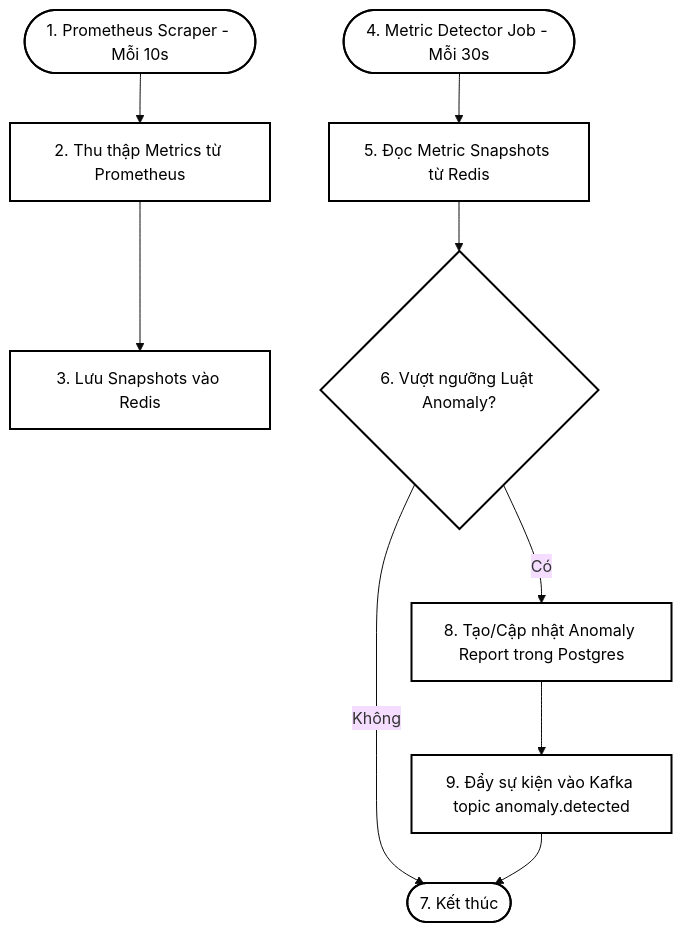
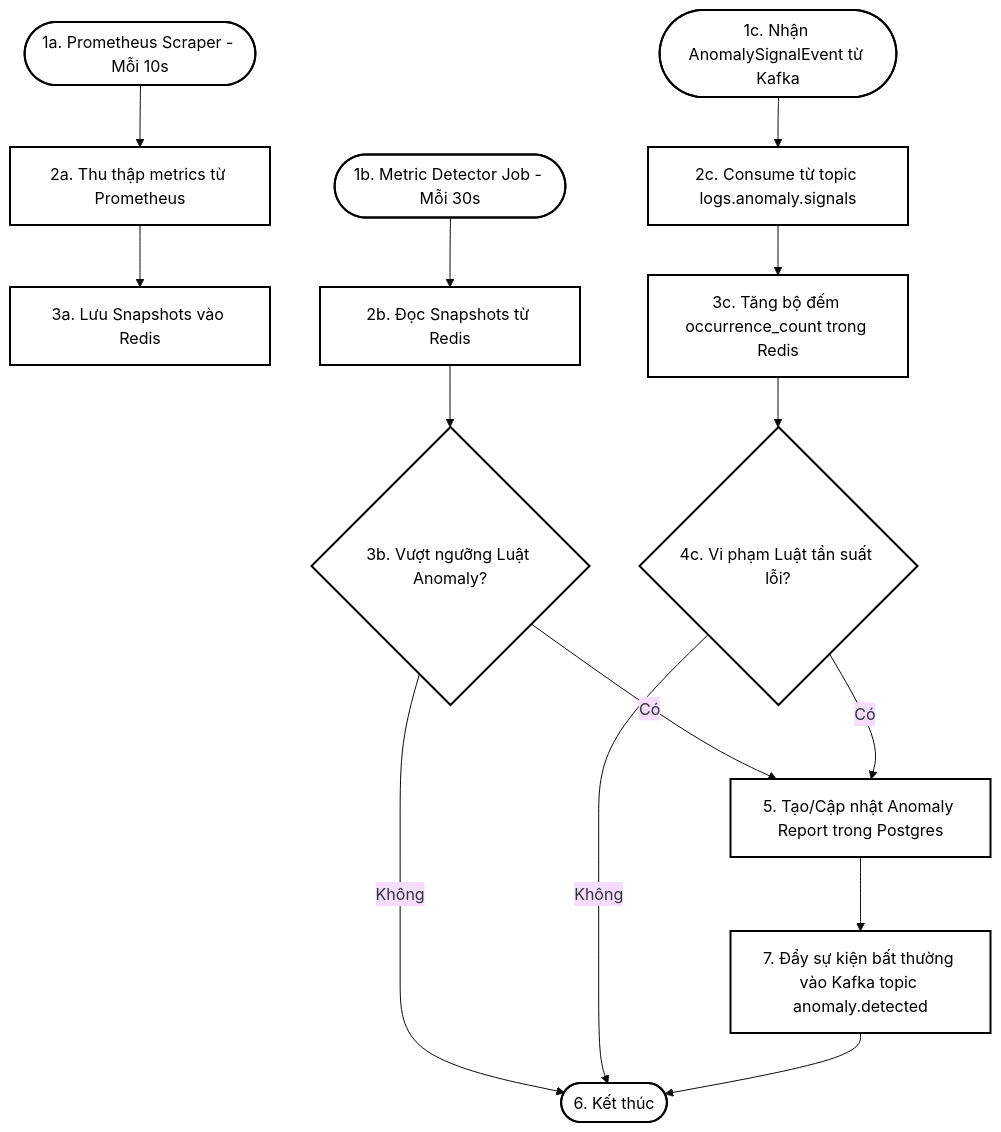
The seventh of 13 diagrams in detailed-diagrams.md (nguyentrongduc2005/log-monitoring-system), drawn with Mermaid (base theme) before and after one commit. The commit also changed other lines of this file, not shown here.

Commit message:
docs: group log and metric anomaly detection flows into unified diagrams

````diff
--- a/detailed-diagrams.md
+++ b/detailed-diagrams.md
@@ -304,18 +299,29 @@
 ```mermaid
 graph TD
-    StartScrape([1. Prometheus Scraper - Mỗi 10s]) --> ScrapeProm[2. Thu thập Metrics từ Prometheus]
-    ScrapeProm --> SaveRedis[3. Lưu Snapshots vào Redis]
+    %% Nhánh 1: Metrics (Timer-driven)
+    StartPromScrape([1a. Prometheus Scraper - Mỗi 10s]) --> ScrapeProm[2a. Thu thập metrics từ Prometheus]
+    ScrapeProm --> SaveRedis[3a. Lưu Snapshots vào Redis]
     
-    StartDetect([4. Metric Detector Job - Mỗi 30s]) --> ReadRedis[5. Đọc Metric Snapshots từ Redis]
-    ReadRedis --> EvaluateMetrics{6. Vượt ngưỡng Luật Anomaly?}
-    
-    EvaluateMetrics -- Không --> EndMetric([7. Kết thúc])
-    EvaluateMetrics -- Có --> CreateMetricReport[8. Tạo/Cập nhật Anomaly Report trong Postgres]
-    CreateMetricReport --> WriteKafkaMetric[9. Đẩy sự kiện vào Kafka topic anomaly.detected]
-    WriteKafkaMetric --> EndMetric
+    StartMetricDetect([1b. Metric Detector Job - Mỗi 30s]) --> ReadRedis[2b. Đọc Snapshots từ Redis]
+    ReadRedis --> EvaluateMetrics{3b. Vượt ngưỡng Luật Anomaly?}
+
+    %% Nhánh 2: Logs (Event-driven)
+    StartLogEvent([1c. Nhận AnomalySignalEvent từ Kafka]) --> ConsumeLog[2c. Consume từ topic logs.anomaly.signals]
+    ConsumeLog --> IncRedis[3c. Tăng bộ đếm occurrence_count trong Redis]
+    IncRedis --> EvaluateLogs{4c. Vi phạm Luật tần suất lỗi?}
+
+    %% Phần xử lý chung
+    EvaluateMetrics -- Có --> CreateReport[5. Tạo/Cập nhật Anomaly Report trong Postgres]
+    EvaluateLogs -- Có --> CreateReport
+
+    EvaluateMetrics -- Không --> End([6. Kết thúc])
+    EvaluateLogs -- Không --> End
+
+    CreateReport --> WriteKafka[7. Đẩy sự kiện bất thường vào Kafka topic anomaly.detected]
+    WriteKafka --> End
 
     classDef step fill:#ffffff,stroke:#000000,stroke-width:2px,color:#000000;
     classDef decision fill:#ffffff,stroke:#000000,stroke-width:2px,color:#000000;
-    class StartScrape,ScrapeProm,SaveRedis,StartDetect,ReadRedis,CreateMetricReport,WriteKafkaMetric,EndMetric step;
-    class EvaluateMetrics decision;
+    class StartPromScrape,ScrapeProm,SaveRedis,StartMetricDetect,ReadRedis,StartLogEvent,ConsumeLog,IncRedis,CreateReport,WriteKafka,End step;
+    class EvaluateMetrics,EvaluateLogs decision;
 ```
````
